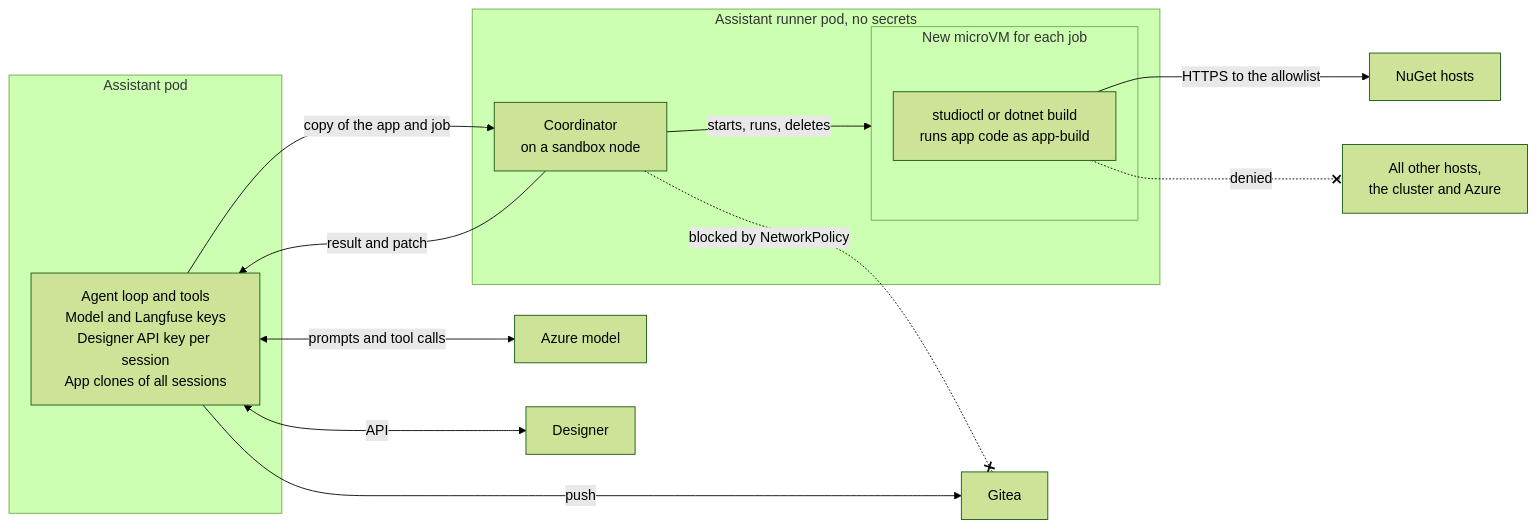
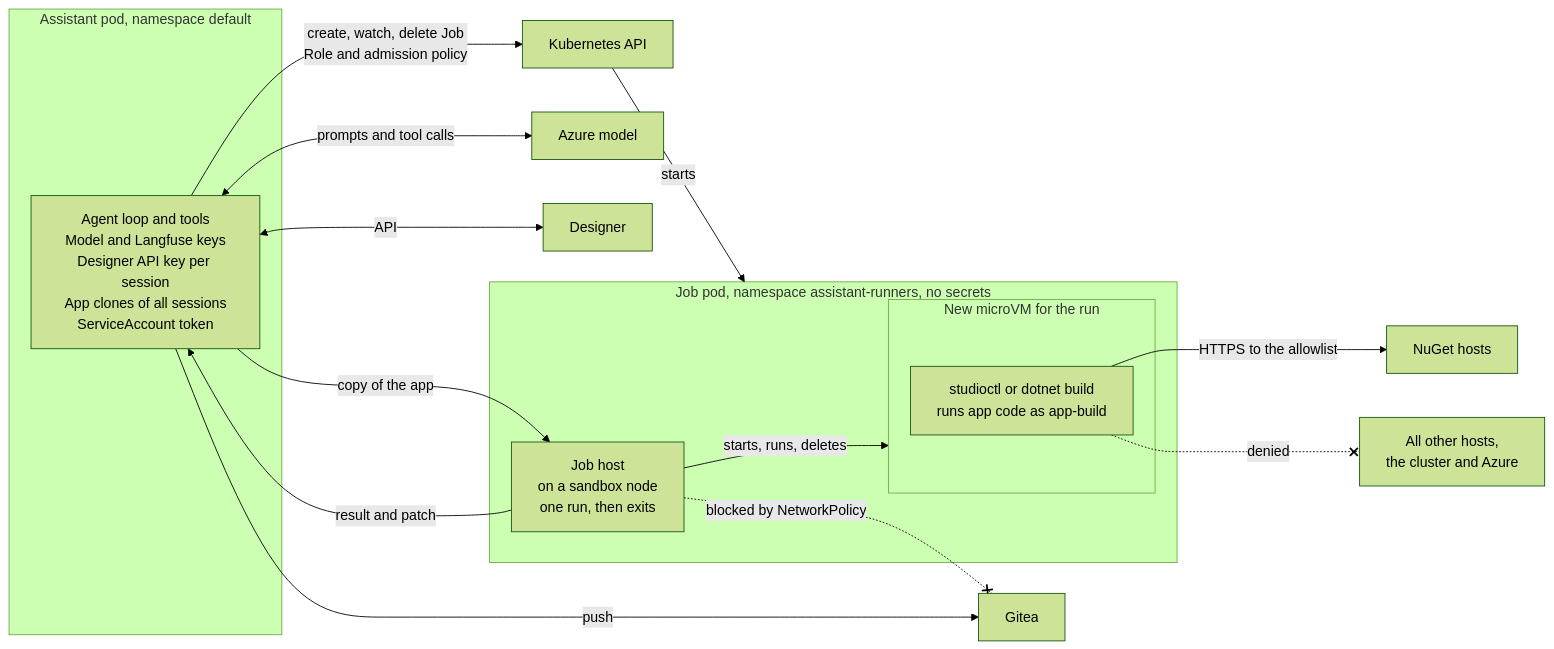
Before and after one commit to Altinn/altinn-studio: the diagram in docs/adr/2026-10-13-assistant-code-running-tools.md, drawn with Mermaid (forest theme). The commit also changed other lines of this file, not shown here.

````diff
--- a/docs/adr/2026-10-13-assistant-code-running-tools.md
+++ b/docs/adr/2026-10-13-assistant-code-running-tools.md
@@ -76,30 +93,33 @@
 ```mermaid
 flowchart LR
     model["Azure model"]
     gitea["Gitea"]
     designer["Designer"]
+    k8s["Kubernetes API"]
 
-    subgraph assistantPod["Assistant pod"]
-        assistant["Agent loop and tools<br/>Model and Langfuse keys<br/>Designer API key per session<br/>App clones of all sessions"]
+    subgraph assistantPod["Assistant pod, namespace default"]
+        assistant["Agent loop and tools<br/>Model and Langfuse keys<br/>Designer API key per session<br/>App clones of all sessions<br/>ServiceAccount token"]
     end
 
     nuget["NuGet hosts"]
     other["All other hosts,<br/>the cluster and Azure"]
 
-    subgraph runnerPod["Assistant runner pod, no secrets"]
-        runner["Coordinator<br/>on a sandbox node"]
-        subgraph vm["New microVM for each job"]
+    subgraph runnerPod["Job pod, namespace assistant-runners, no secrets"]
+        runner["Job host<br/>on a sandbox node<br/>one run, then exits"]
+        subgraph vm["New microVM for the run"]
             job["studioctl or dotnet build<br/>runs app code as app-build"]
         end
     end
 
     assistant <-->|"prompts and tool calls"| model
     assistant -->|"push"| gitea
     assistant <-->|"API"| designer
-    assistant -->|"copy of the app and job"| runner
+    assistant -->|"create, watch, delete Job<br/>Role and admission policy"| k8s
+    k8s -->|"starts"| runnerPod
+    assistant -->|"copy of the app"| runner
     runner -->|"result and patch"| assistant
     runner -->|"starts, runs, deletes"| vm
     job -->|"HTTPS to the allowlist"| nuget
     job -.-x|"denied"| other
     runner -.-x|"blocked by NetworkPolicy"| gitea
 ```
````
